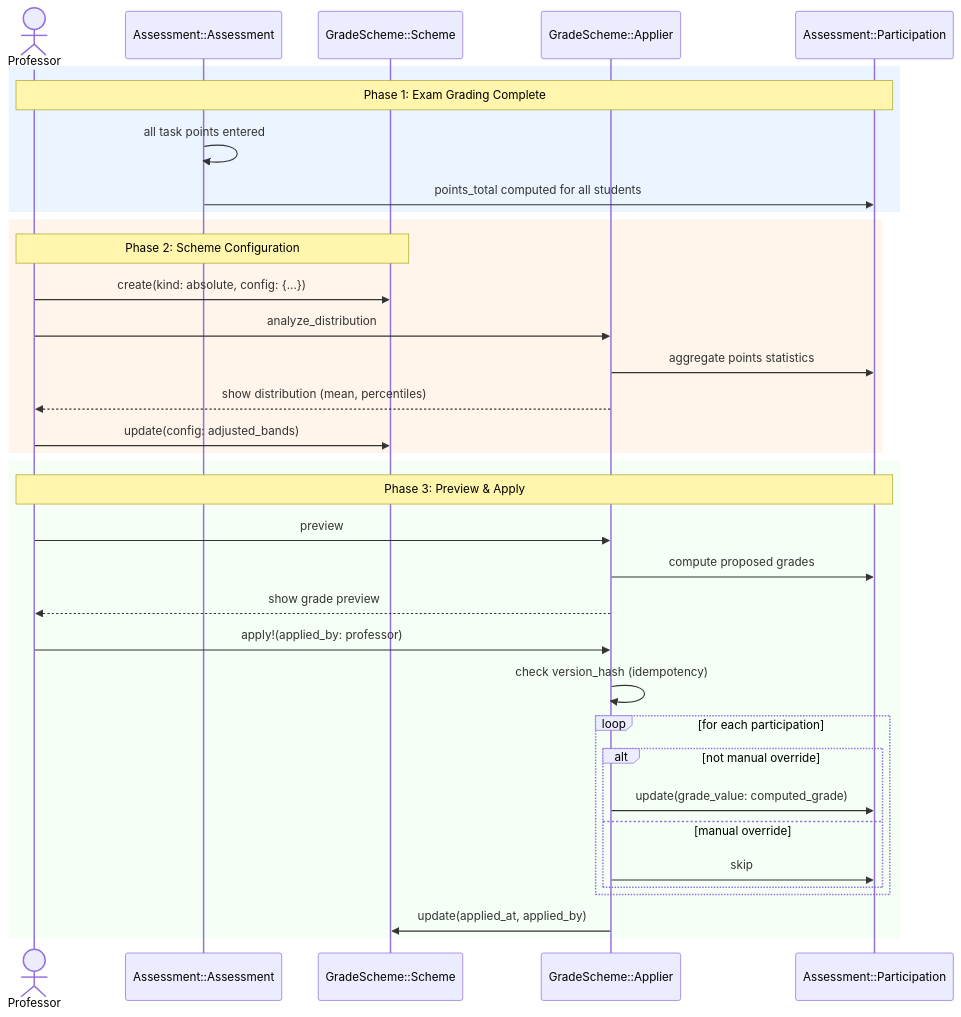
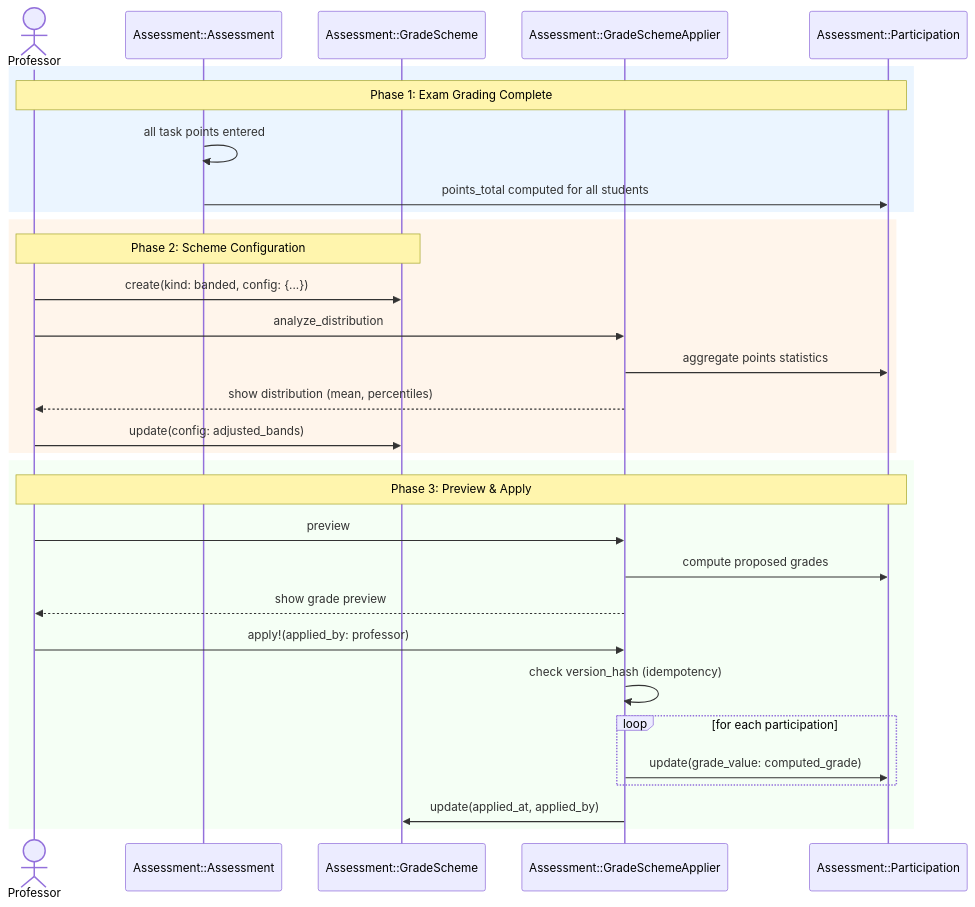
One commit to MaMpf-HD/mampf changed the fifth of 5 diagrams in architecture/src/features/05b-grading-schemes.md. Above: the diagram before and after it, drawn with Mermaid. The commit also changed other lines of this file and 14 other files, not shown here.

Commit message:
Backport changes to the architecture book from step 9

````diff
--- a/architecture/src/features/05b-grading-schemes.md
+++ b/architecture/src/features/05b-grading-schemes.md
@@ -766,40 +779,36 @@
 ```mermaid
 sequenceDiagram
     actor Professor
     participant Assessment as Assessment::Assessment
-    participant Scheme as GradeScheme::Scheme
-    participant Applier as GradeScheme::Applier
+    participant Scheme as Assessment::GradeScheme
+    participant Applier as Assessment::GradeSchemeApplier
     participant Participation as Assessment::Participation
 
     rect rgb(235, 245, 255)
     note over Professor,Participation: Phase 1: Exam Grading Complete
     Assessment->>Assessment: all task points entered
     Assessment->>Participation: points_total computed for all students
     end
 
     rect rgb(255, 245, 235)
     note over Professor,Scheme: Phase 2: Scheme Configuration
-    Professor->>Scheme: create(kind: absolute, config: {...})
+    Professor->>Scheme: create(kind: banded, config: {...})
     Professor->>Applier: analyze_distribution
     Applier->>Participation: aggregate points statistics
     Applier-->>Professor: show distribution (mean, percentiles)
     Professor->>Scheme: update(config: adjusted_bands)
     end
 
     rect rgb(245, 255, 245)
     note over Professor,Participation: Phase 3: Preview & Apply
     Professor->>Applier: preview
     Applier->>Participation: compute proposed grades
     Applier-->>Professor: show grade preview
     Professor->>Applier: apply!(applied_by: professor)
     Applier->>Applier: check version_hash (idempotency)
     loop for each participation
-        alt not manual override
-            Applier->>Participation: update(grade_value: computed_grade)
-        else manual override
-            Applier->>Participation: skip
-        end
+        Applier->>Participation: update(grade_value: computed_grade)
     end
     Applier->>Scheme: update(applied_at, applied_by)
     end
 ```
````
